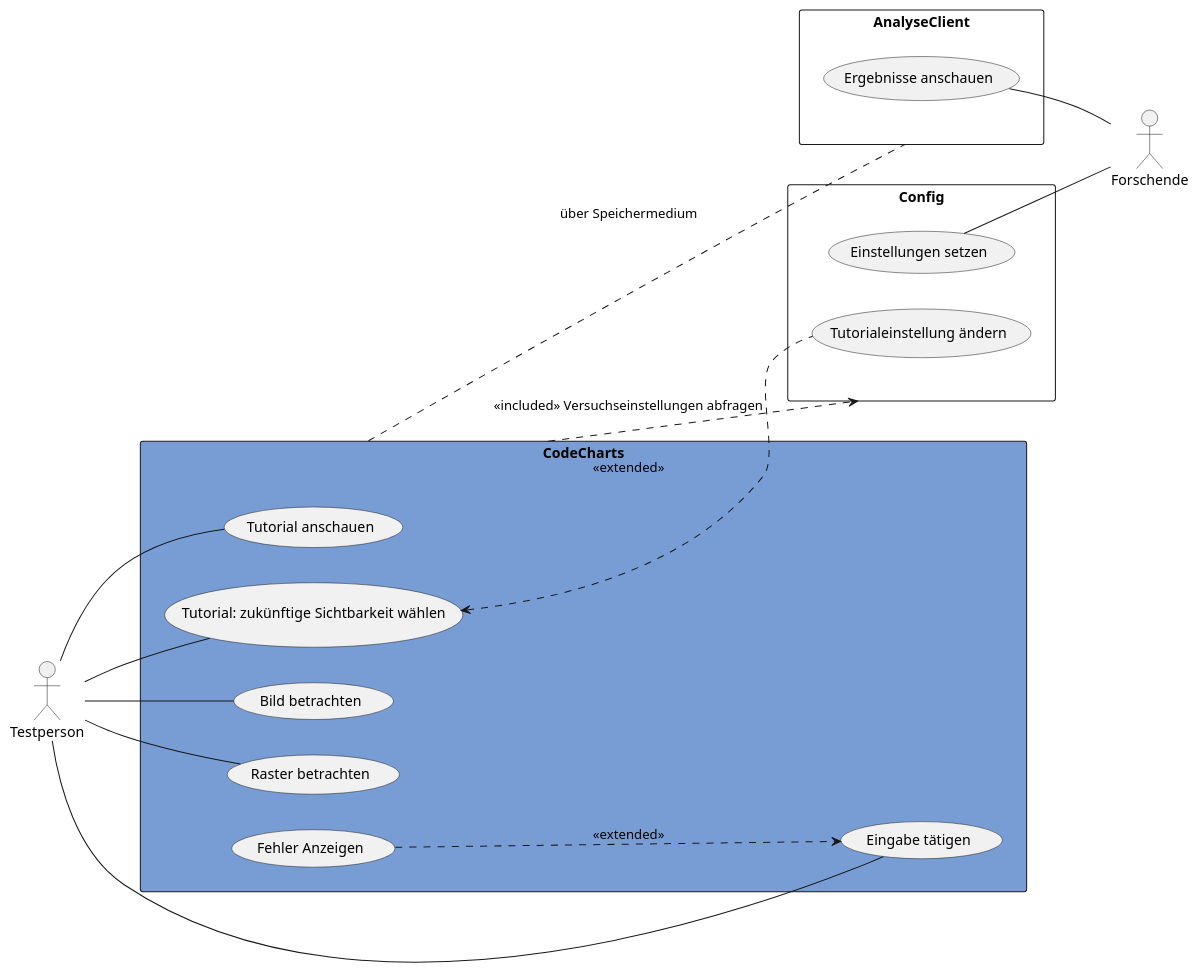
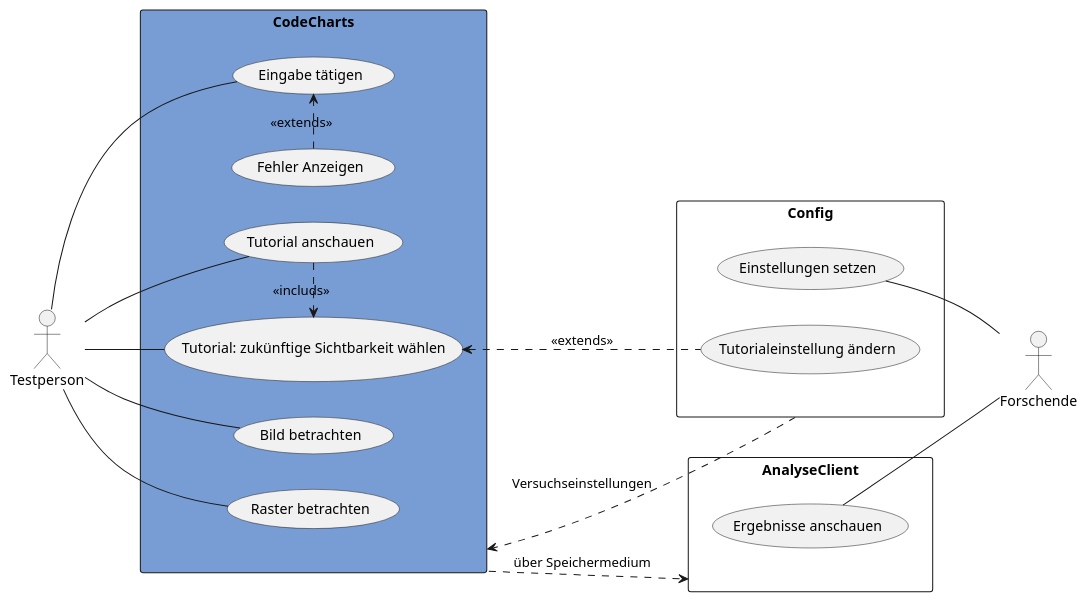
The diagram in meilenstein_05/usecase-CodeCharts/usecase-CodeCharts.puml (weichware10/meilensteine), drawn with PlantUML before and after one commit.

Commit message:
Schön

```diff
--- a/meilenstein_05/usecase-CodeCharts/usecase-CodeCharts.puml
+++ b/meilenstein_05/usecase-CodeCharts/usecase-CodeCharts.puml
@@ -1,43 +1,46 @@
 @startuml CodeCharts
 left to right direction
 
 actor Testperson as t
 actor Forschende as f
 
 rectangle CodeCharts as z #789dd5 {
     usecase "Tutorial anschauen" as td
     usecase "Tutorial: zukünftige Sichtbarkeit wählen" as tw
     usecase "Bild betrachten" as bb
     usecase "Raster betrachten" as rb
     usecase "Eingabe tätigen" as et
     usecase "Fehler Anzeigen" as fa
+
+
+    fa .r.> et : <<extends>> 
+    td .r.> tw : <<includs>>
 }
 
 rectangle AnalyseClient as a {
     usecase "Ergebnisse anschauen" as ea
 }
 
 rectangle Config as c {
     usecase "Einstellungen setzen" as es
     usecase "Tutorialeinstellung ändern" as tä
 }
 
 ' Testperson
 t -- td
 t -- tw
 t -- bb
 t -- rb
 t -- et
 
 ' Forschende
 es -- f
 ea -- f
 
 ' intern
-tw <.. tä : <<extended>> 
-z .. a : über Speichermedium
-z ..> c : <<included>> Versuchseinstellungen abfragen
-fa ..> et : <<extended>> 
+tw <.. tä : <<extends>> 
+z ..> a : über Speichermedium
+z <.l. c : Versuchseinstellungen
 
 
 @enduml
```
